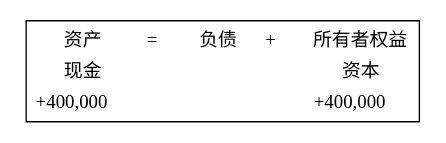
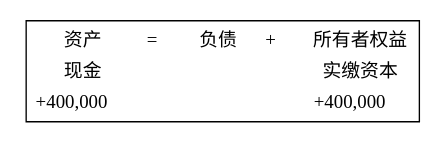
The first of 12 diagrams in org/understand-account-in-beancount/index.org (DreamAndDead/DreamAndDead.github.io), drawn with Graphviz before and after one commit. The commit also changed other lines of this file and 15 other files, not shown here.

```diff
--- a/org/understand-account-in-beancount/index.org
+++ b/org/understand-account-in-beancount/index.org
@@ -69,25 +62,25 @@
 #+begin_src dot :file images/e.g.1.png
 digraph {
 	format[label=<
 	      <table border="1" cellspacing="4">
 	        <tr>
 		  <td border="0" bgcolor="white">资产</td>
 		  <td border="0" bgcolor="white">  =  </td>
 		  <td border="0" bgcolor="white">  负债  </td>
 		  <td border="0" bgcolor="white">  +  </td>
 		  <td border="0" bgcolor="white">所有者权益</td>
 		</tr>
 	        <tr>
 		  <td border="0" bgcolor="white">现金</td>
 		  <td border="0" colspan="3" bgcolor="white"></td>
-		  <td border="0" bgcolor="white">资本</td>
+		  <td border="0" bgcolor="white">实缴资本</td>
 		</tr>
 	        <tr>
 		  <td border="0" bgcolor="white">+400,000</td>
 		  <td border="0" colspan="3" bgcolor="white"></td>
 		  <td border="0" bgcolor="white">+400,000</td>
 		</tr>
 	      </table>
 	       >, shape=none]
 }
 #+end_src
```
